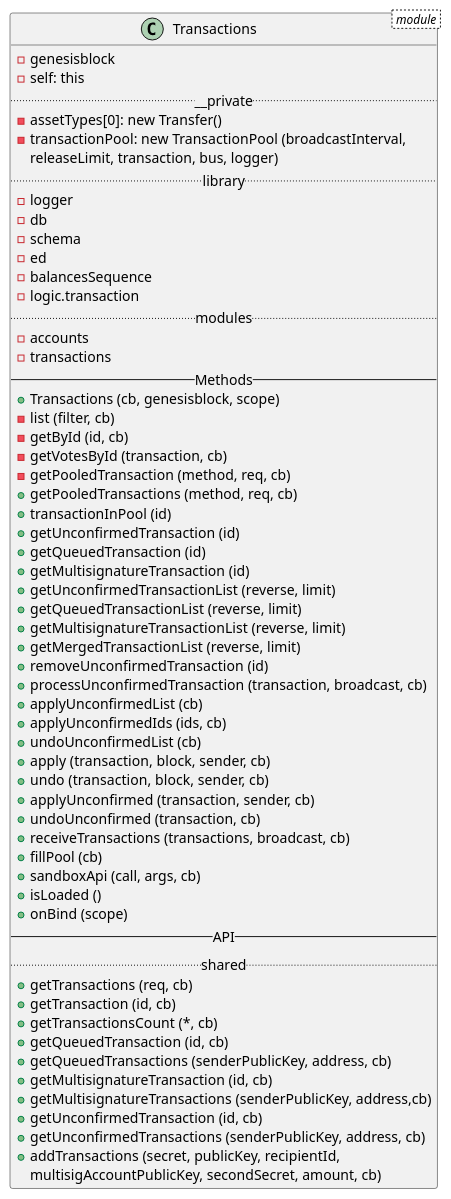
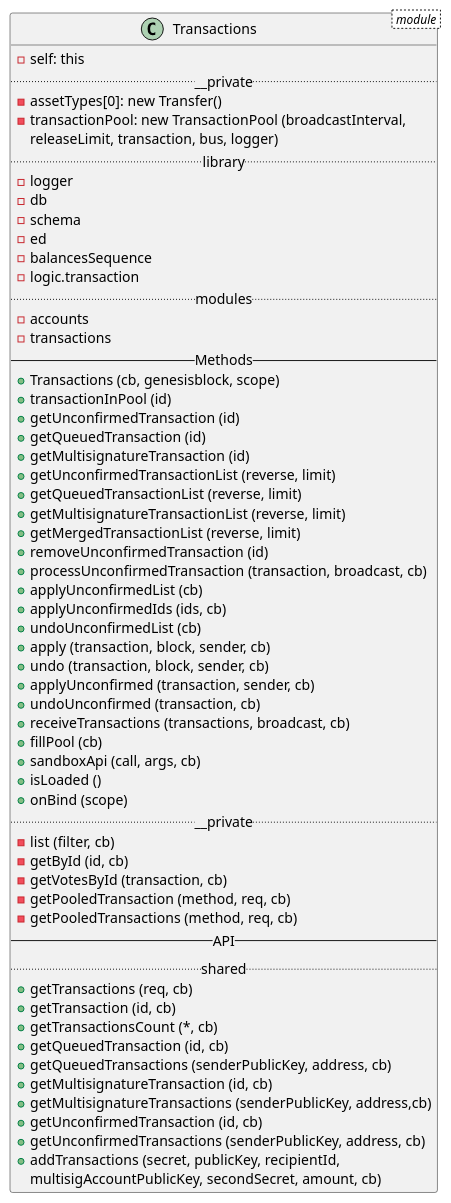
Before and after one commit to LucasIsasmendi/lisk-core-plantuml: the diagram in class/classes/modules/transactions.puml, drawn with PlantUML. The commit also changed 18 other files, not shown here.

```diff
--- a/class/classes/modules/transactions.puml
+++ b/class/classes/modules/transactions.puml
@@ -1,62 +1,62 @@
 @startuml
 class Transactions < module > {
-  - genesisblock
   - self: this
   .. __private ..
   - assetTypes[0]: new Transfer()
   - transactionPool: new TransactionPool (broadcastInterval,
   releaseLimit, transaction, bus, logger)
   .. library ..
   - logger
   - db
   - schema
   - ed
   - balancesSequence
   - logic.transaction
   .. modules ..
   - accounts
   - transactions
   -- Methods --
   + Transactions (cb, genesisblock, scope)
-  - list (filter, cb)
-  - getById (id, cb)
-  - getVotesById (transaction, cb)
-  - getPooledTransaction (method, req, cb)
-  + getPooledTransactions (method, req, cb)
   + transactionInPool (id)
   + getUnconfirmedTransaction (id)
   + getQueuedTransaction (id)
   + getMultisignatureTransaction (id)
   + getUnconfirmedTransactionList (reverse, limit)
   + getQueuedTransactionList (reverse, limit)
   + getMultisignatureTransactionList (reverse, limit)
   + getMergedTransactionList (reverse, limit)
   + removeUnconfirmedTransaction (id)
   + processUnconfirmedTransaction (transaction, broadcast, cb)
   + applyUnconfirmedList (cb)
   + applyUnconfirmedIds (ids, cb)
   + undoUnconfirmedList (cb)
   + apply (transaction, block, sender, cb)
   + undo (transaction, block, sender, cb)
   + applyUnconfirmed (transaction, sender, cb)
   + undoUnconfirmed (transaction, cb)
   + receiveTransactions (transactions, broadcast, cb)
   + fillPool (cb)
   + sandboxApi (call, args, cb)
   + isLoaded ()
   + onBind (scope)
+  .. __private ..
+  - list (filter, cb)
+  - getById (id, cb)
+  - getVotesById (transaction, cb)
+  - getPooledTransaction (method, req, cb)
+  - getPooledTransactions (method, req, cb)
   -- API --
   .. shared ..
   + getTransactions (req, cb)
   + getTransaction (id, cb)
   + getTransactionsCount (*, cb)
   + getQueuedTransaction (id, cb)
   + getQueuedTransactions (senderPublicKey, address, cb)
   + getMultisignatureTransaction (id, cb)
   + getMultisignatureTransactions (senderPublicKey, address,cb)
   + getUnconfirmedTransaction (id, cb)
   + getUnconfirmedTransactions (senderPublicKey, address, cb)
   + addTransactions (secret, publicKey, recipientId,
   multisigAccountPublicKey, secondSecret, amount, cb)
 }
 @enduml
```
